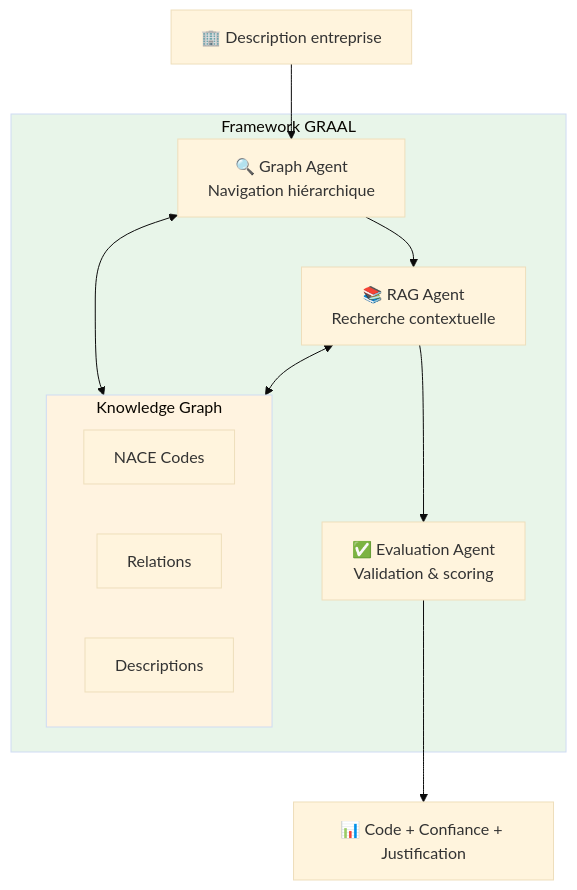
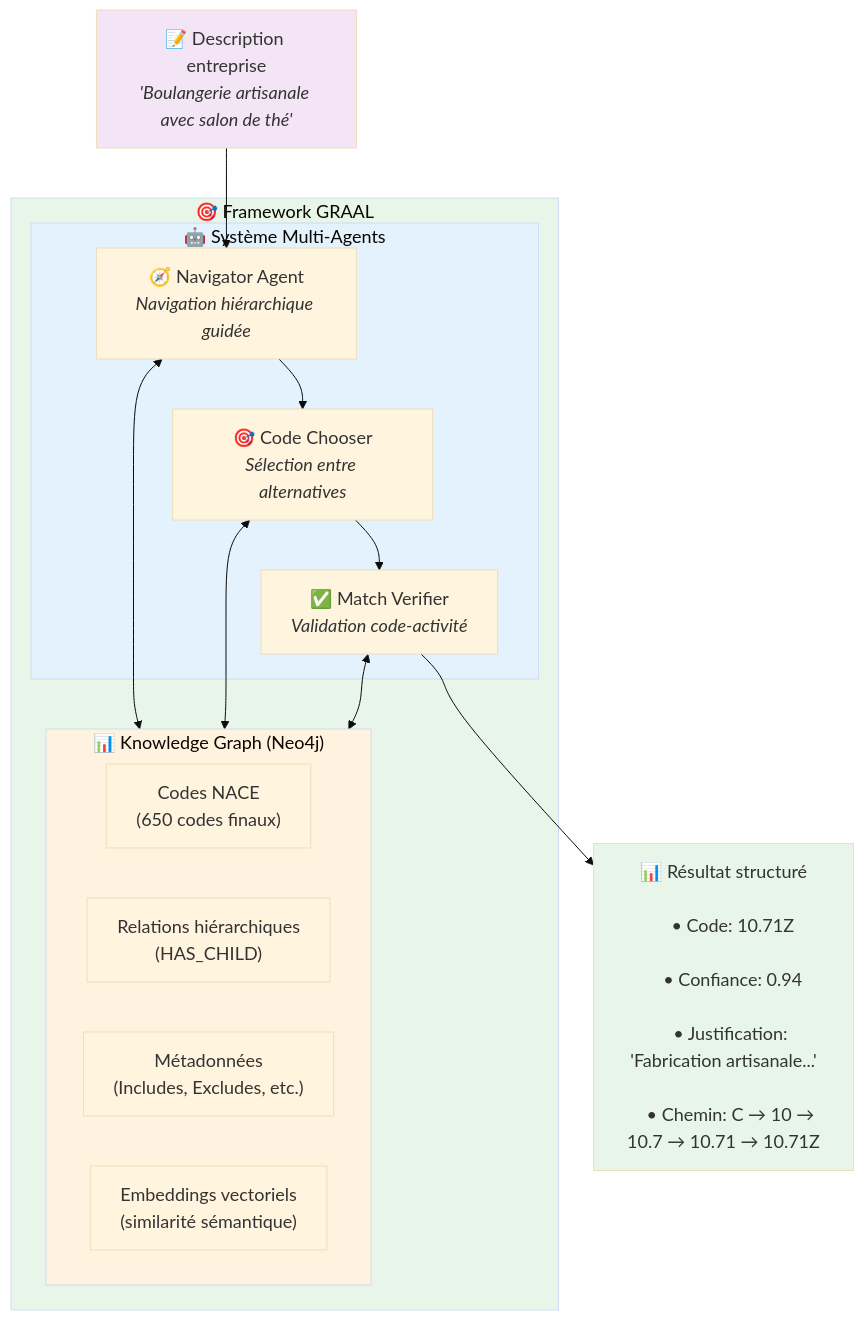
The fourth of 8 diagrams in src/presentation/template/template.qmd (InseeFrLab/GRAAL), drawn with Mermaid before and after one commit. The commit also changed other lines of this file, not shown here.

````diff
--- a/src/presentation/template/template.qmd
+++ b/src/presentation/template/template.qmd
@@ -227,29 +333,41 @@
 ```{mermaid}
-%%{init: {'theme':'base', 'themeVariables': { 'fontSize': '16px'}}}%%
+%%{init: {'theme':'base', 'themeVariables': {'fontSize': '18px'}}}%%
 flowchart TB
-    Input["🏢 Description entreprise"]
+    Input["📝 Description entreprise<br/><i>'Boulangerie artisanale avec salon de thé'</i>"]
     
-    subgraph GRAAL["Framework GRAAL"]
-        GA["🔍 Graph Agent<br/>Navigation hiérarchique"]
-        RA["📚 RAG Agent<br/>Recherche contextuelle"]
-        EA["✅ Evaluation Agent<br/>Validation & scoring"]
+    subgraph GRAAL["🎯 Framework GRAAL"]
+        subgraph KG["📊 Knowledge Graph (Neo4j)"]
+            N1["Codes NACE<br/>(650 codes finaux)"]
+            N2["Relations hiérarchiques<br/>(HAS_CHILD)"]
+            N3["Métadonnées<br/>(Includes, Excludes, etc.)"]
+            N4["Embeddings vectoriels<br/>(similarité sémantique)"]
+        end
         
-        subgraph KG["Knowledge Graph"]
-            N1["NACE Codes"]
-            N2["Relations"]
-            N3["Descriptions"]
+        subgraph Agents["🤖 Système Multi-Agents"]
+            Navigator["🧭 Navigator Agent<br/><i>Navigation hiérarchique guidée</i>"]
+            Verifier["✅ Match Verifier<br/><i>Validation code-activité</i>"]
+            Chooser["🎯 Code Chooser<br/><i>Sélection entre alternatives</i>"]
         end
+        
+        Navigator <--> KG
+        Navigator --> Chooser
+        Chooser <--> KG
+        Chooser --> Verifier
+        Verifier <--> KG
     end
     
-    Output["📊 Code + Confiance + Justification"]
+    Output["📊 Résultat structuré<br/>
+    • Code: 10.71Z<br/>
+    • Confiance: 0.94<br/>
+    • Justification: 'Fabrication artisanale...'<br/>
+    • Chemin: C → 10 → 10.7 → 10.71 → 10.71Z"]
     
-    Input --> GA
-    GA <--> KG
-    GA --> RA
-    RA <--> KG
-    RA --> EA
-    EA --> Output
+    Input --> Navigator
+    Verifier --> Output
     
     style GRAAL fill:#e8f5e9
     style KG fill:#fff3e0
+    style Agents fill:#e3f2fd
+    style Input fill:#f3e5f5
+    style Output fill:#e8f5e9
 ```
````
